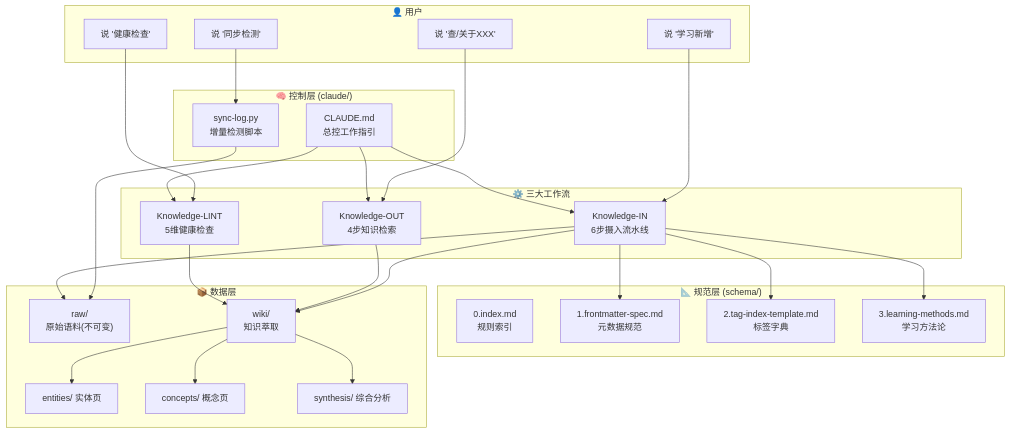
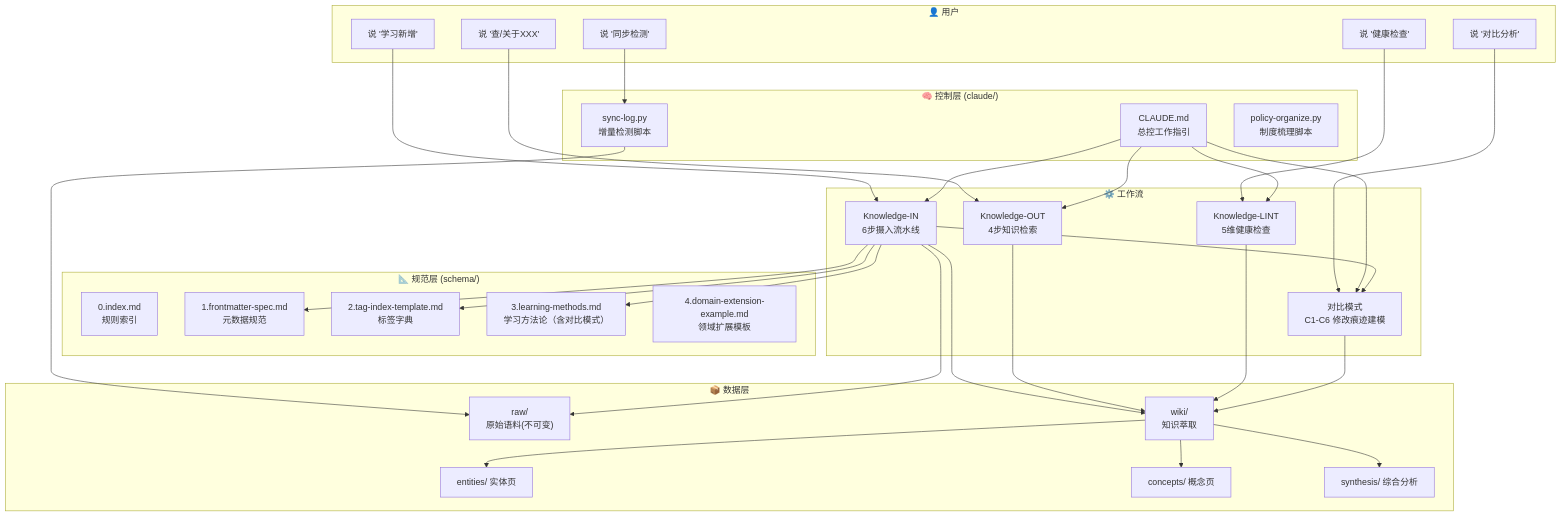
The diagram in README.md (whou17/llm-wiki-framework), drawn with Mermaid before and after one commit. The commit also changed other lines of this file and 4 other files, not shown here.

Commit message:
v6.1: 新增对比模式（修改痕迹反向建模）、领域扩展模板、日志路径英语化；更新README架构图与统计数据

````diff
--- a/README.md
+++ b/README.md
@@ -23,58 +23,66 @@
 ```mermaid
 flowchart TD
     subgraph User["👤 用户"]
         T1["说 '同步检测'"]
         T2["说 '学习新增'"]
         T3["说 '查/关于XXX'"]
         T4["说 '健康检查'"]
+        T5["说 '对比分析'"]
     end
 
     subgraph Control["🧠 控制层 (claude/)"]
         CLAUDE["CLAUDE.md<br/>总控工作指引"]
         SYNC["sync-log.py<br/>增量检测脚本"]
+        POLICY["policy-organize.py<br/>制度梳理脚本"]
     end
 
     subgraph Schema["📐 规范层 (schema/)"]
         S0["0.index.md<br/>规则索引"]
         S1["1.frontmatter-spec.md<br/>元数据规范"]
         S2["2.tag-index-template.md<br/>标签字典"]
-        S3["3.learning-methods.md<br/>学习方法论"]
+        S3["3.learning-methods.md<br/>学习方法论（含对比模式）"]
+        S4["4.domain-extension-example.md<br/>领域扩展模板"]
     end
 
-    subgraph Pipeline["⚙️ 三大工作流"]
+    subgraph Pipeline["⚙️ 工作流"]
         K_IN["Knowledge-IN<br/>6步摄入流水线"]
         K_OUT["Knowledge-OUT<br/>4步知识检索"]
         K_LINT["Knowledge-LINT<br/>5维健康检查"]
+        K_CMP["对比模式<br/>C1-C6 修改痕迹建模"]
     end
 
     subgraph Data["📦 数据层"]
         RAW["raw/<br/>原始语料(不可变)"]
         WIKI["wiki/<br/>知识萃取"]
         WIKI_E["entities/ 实体页"]
         WIKI_C["concepts/ 概念页"]
         WIKI_S["synthesis/ 综合分析"]
     end
 
     T1 --> SYNC
     T2 --> K_IN
     T3 --> K_OUT
     T4 --> K_LINT
+    T5 --> K_CMP
 
     CLAUDE --> K_IN
     CLAUDE --> K_OUT
     CLAUDE --> K_LINT
+    CLAUDE --> K_CMP
 
+    K_IN --> K_CMP
     K_IN --> S2
     K_IN --> S3
     K_IN --> S1
 
     SYNC --> RAW
     K_IN --> RAW
     K_IN --> WIKI
     K_OUT --> WIKI
     K_LINT --> WIKI
+    K_CMP --> WIKI
 
     WIKI --> WIKI_E
     WIKI --> WIKI_C
     WIKI --> WIKI_S
 ```
````
